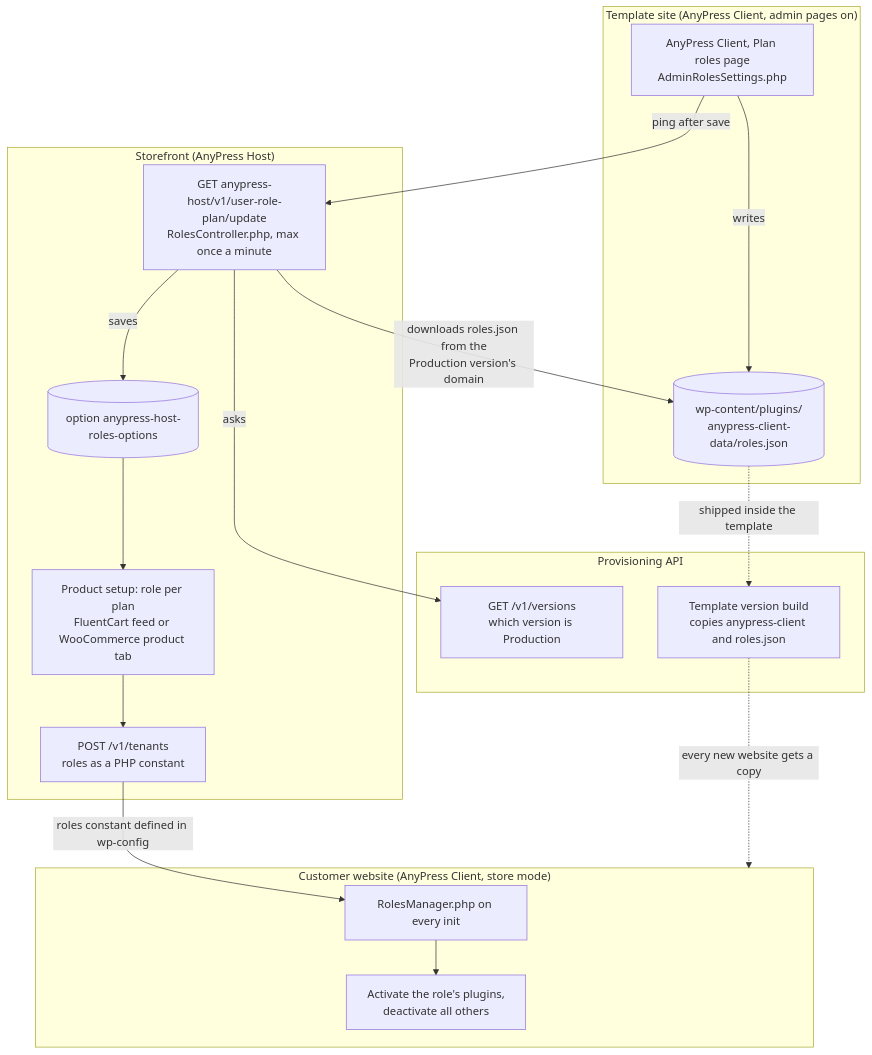
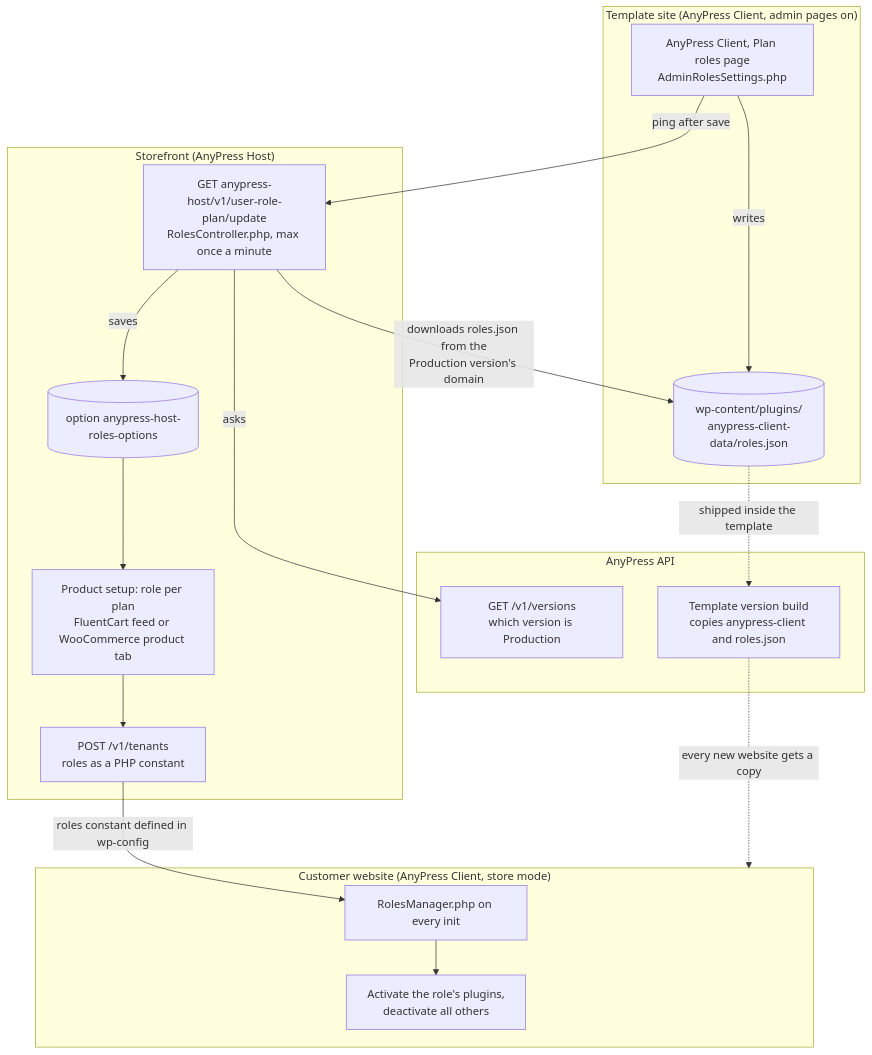
The fourth of 5 diagrams in docs/architecture/README.md (otaku-solutions/anypress-plugins), drawn with Mermaid before and after one commit. The commit also changed other lines of this file and 8 other files, not shown here.

````diff
--- a/docs/architecture/README.md
+++ b/docs/architecture/README.md
@@ -147,34 +153,34 @@
 ```mermaid
 flowchart TB
   subgraph TPLSITE["Template site (AnyPress Client, admin pages on)"]
     ADMIN["AnyPress Client, Plan roles page<br/>AdminRolesSettings.php"]
     FILE[("wp-content/plugins/<br/>anypress-client-data/roles.json")]
     ADMIN -->|"writes"| FILE
   end
 
   subgraph SFSITE["Storefront (AnyPress Host)"]
     RC["GET anypress-host/v1/user-role-plan/update<br/>RolesController.php, max once a minute"]
     OPT[("option anypress-host-roles-options")]
     FEED["Product setup: role per plan<br/>FluentCart feed or WooCommerce product tab"]
     CREATE["POST /v1/tenants<br/>roles as a PHP constant"]
     RC -->|"saves"| OPT --> FEED --> CREATE
   end
 
-  subgraph APISIDE["Provisioning API"]
+  subgraph APISIDE["AnyPress API"]
     VERS["GET /v1/versions<br/>which version is Production"]
     BUILD["Template version build<br/>copies anypress-client and roles.json"]
   end
 
   subgraph SITE["Customer website (AnyPress Client, store mode)"]
     RM["RolesManager.php on every init"]
     PLUG["Activate the role's plugins,<br/>deactivate all others"]
     RM --> PLUG
   end
 
   ADMIN -->|"ping after save"| RC
   RC -->|"asks"| VERS
   RC -->|"downloads roles.json from the<br/>Production version's domain"| FILE
   FILE -.->|"shipped inside the template"| BUILD
   BUILD -.->|"every new website gets a copy"| SITE
   CREATE -->|"roles constant defined in wp-config"| RM
 ```
````
